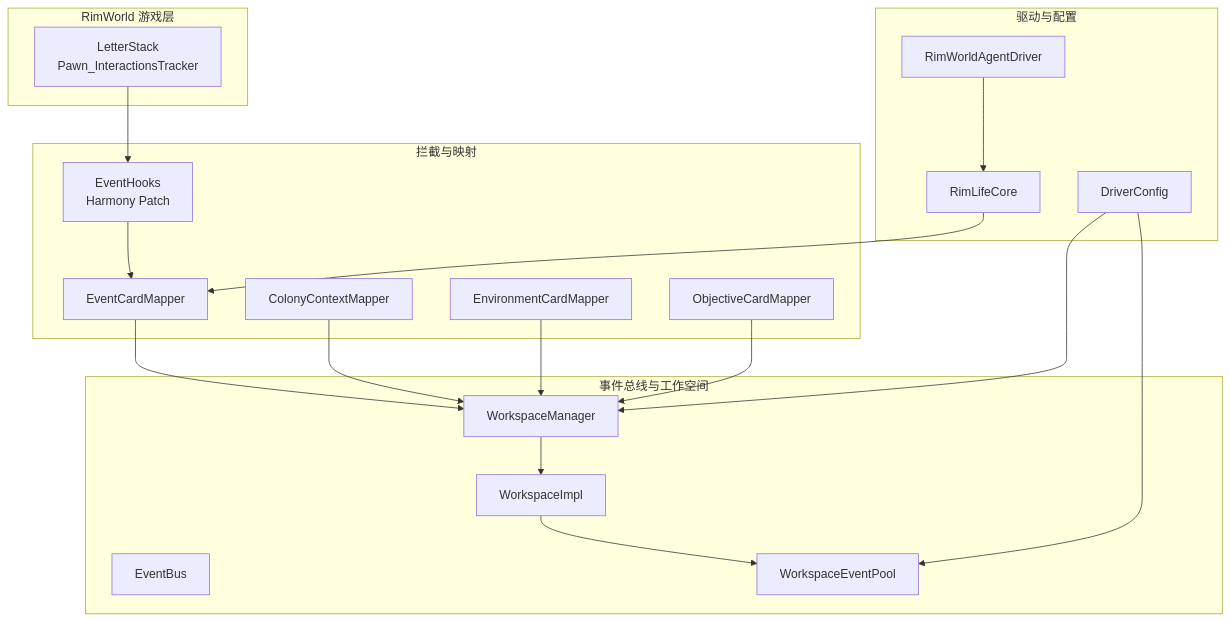
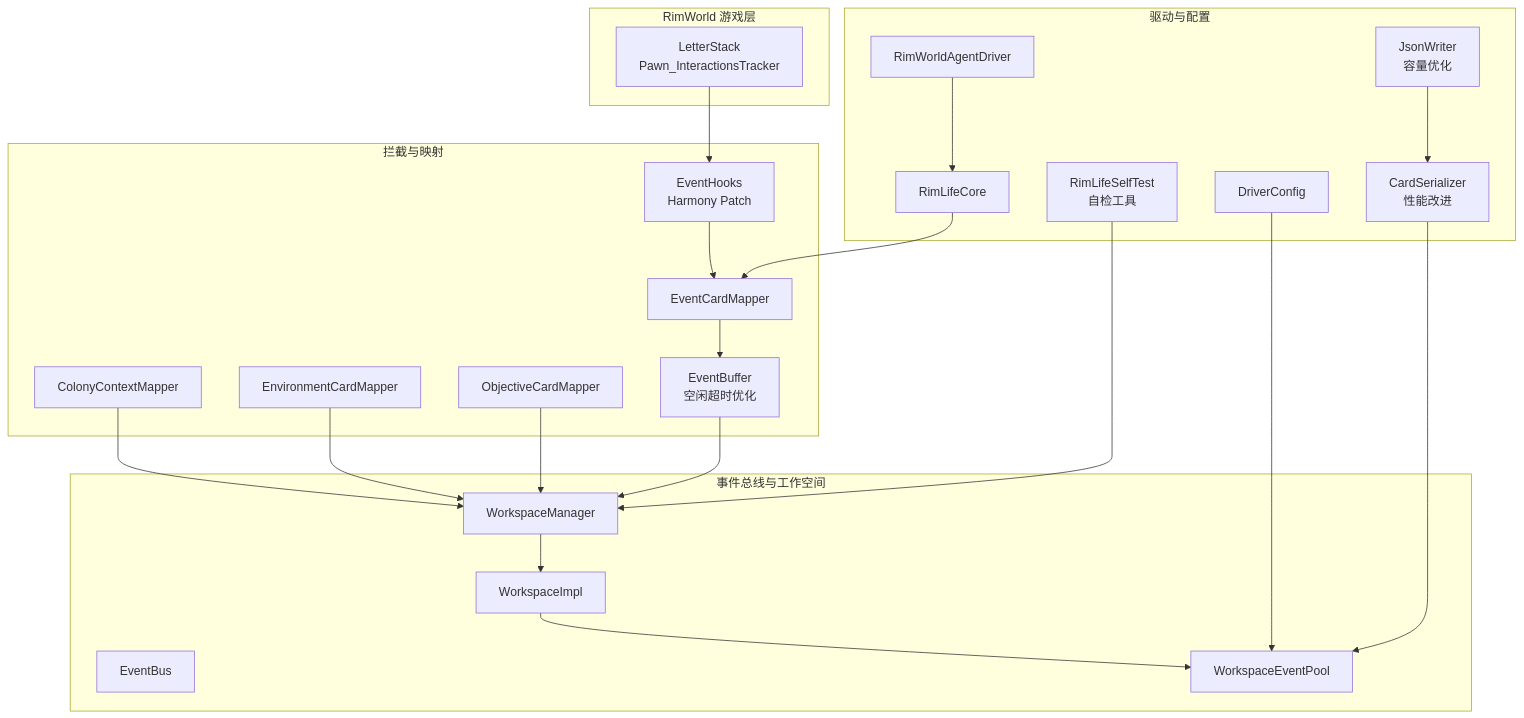
One commit to suzvka/RimLife changed the first of 8 diagrams in .qoder/repowiki/zh/content/事件系统集成.md. Above: the diagram before and after it, drawn with Mermaid. The commit also changed other lines of this file and 19 other files, not shown here.

````diff
--- a/.qoder/repowiki/zh/content/事件系统集成.md
+++ b/.qoder/repowiki/zh/content/事件系统集成.md
@@ -46,36 +59,43 @@
 ```mermaid
 graph TB
 subgraph "RimWorld 游戏层"
 LW["LetterStack<br/>Pawn_InteractionsTracker"]
 end
 subgraph "拦截与映射"
 EH["EventHooks<br/>Harmony Patch"]
 ECM["EventCardMapper"]
 CCM["ColonyContextMapper"]
 EVM["EnvironmentCardMapper"]
 OBM["ObjectiveCardMapper"]
+EBuf["EventBuffer<br/>空闲超时优化"]
 end
 subgraph "事件总线与工作空间"
 EB["EventBus"]
 WM["WorkspaceManager"]
 WSI["WorkspaceImpl"]
 WEP["WorkspaceEventPool"]
 end
 subgraph "驱动与配置"
 RWD["RimWorldAgentDriver"]
 RLC["RimLifeCore"]
 DC["DriverConfig"]
+ST["RimLifeSelfTest<br/>自检工具"]
+JS["JsonWriter<br/>容量优化"]
+CS["CardSerializer<br/>性能改进"]
 end
 LW --> EH
 EH --> ECM
-ECM --> WM
+ECM --> EBuf
 CCM --> WM
 EVM --> WM
 OBM --> WM
+EBuf --> WM
 WM --> WSI
 WSI --> WEP
 RWD --> RLC
 RLC --> ECM
 DC --> WEP
-DC --> WM
+ST --> WM
+JS --> CS
+CS --> WEP
 ```
````
